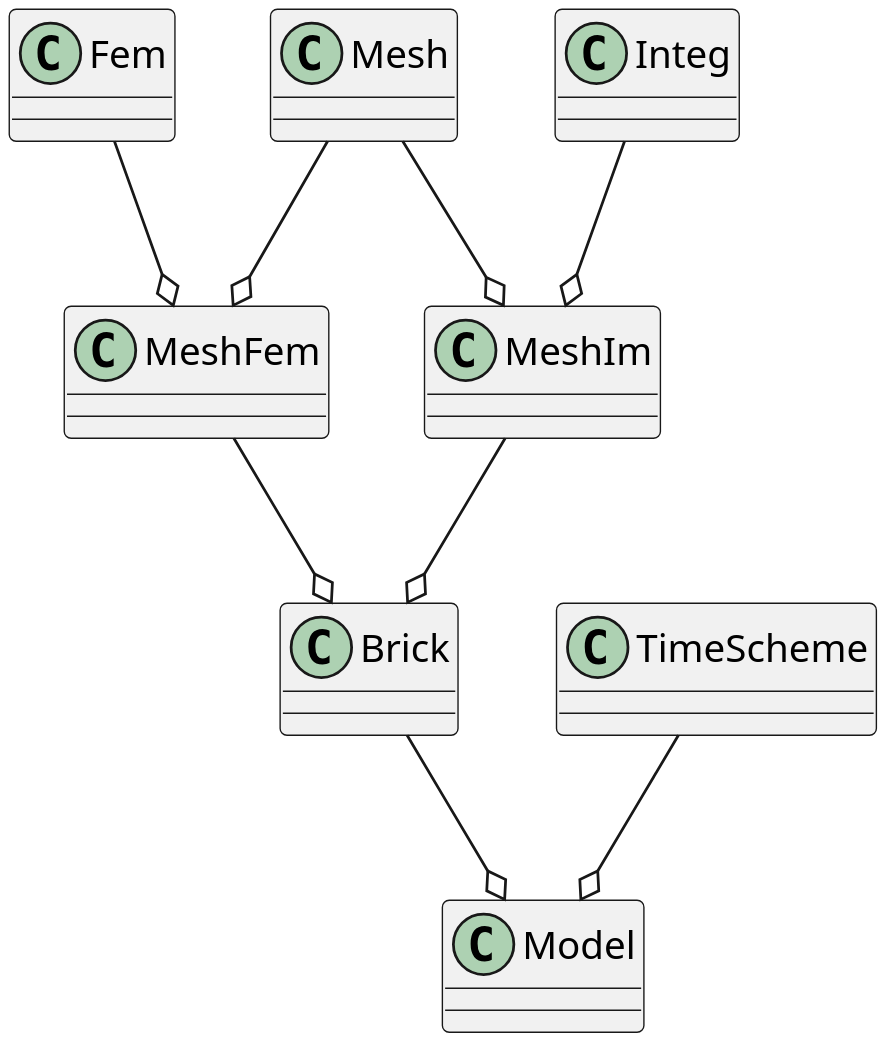
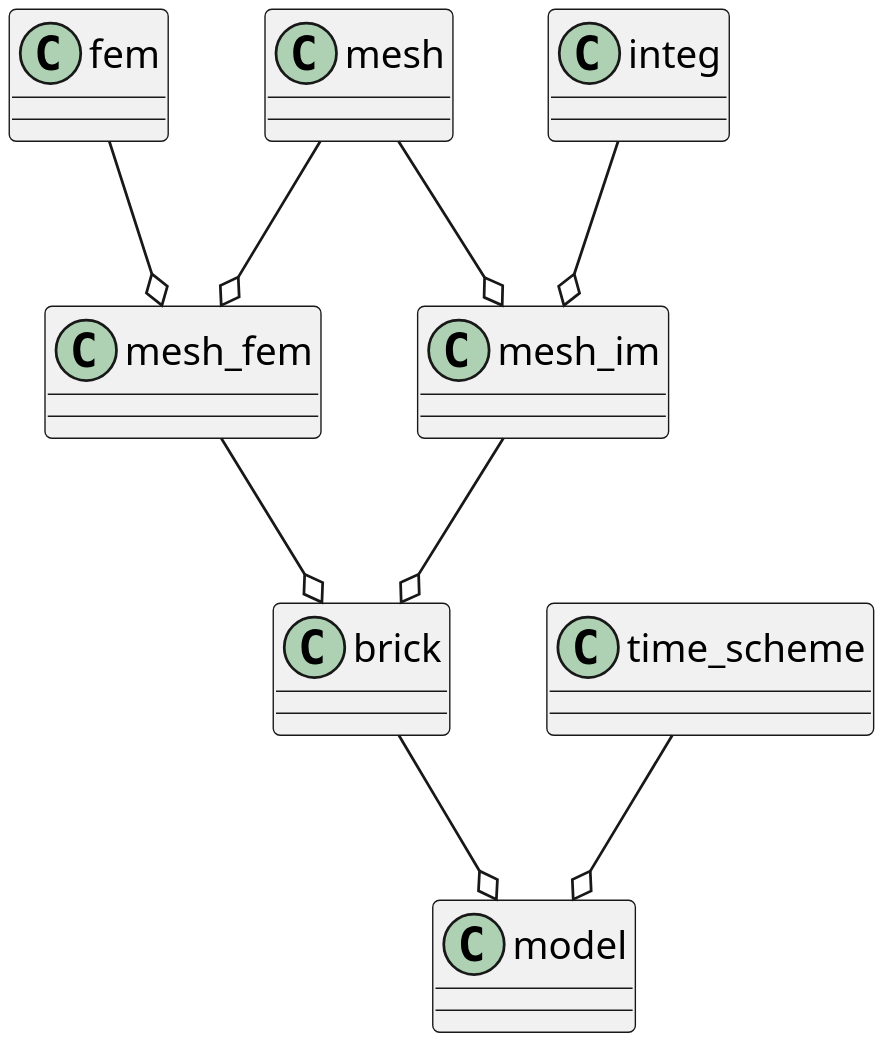
Before and after one commit to tkoyama010/OpenCAE-tkoyama010: the diagram in GetFEM.puml, drawn with PlantUML.

```diff
--- a/GetFEM.puml
+++ b/GetFEM.puml
@@ -1,11 +1,11 @@
 @startuml{GetFEM.png}
 skinparam dpi 300
-Mesh --o MeshFem
-Fem --o MeshFem
-Mesh --o MeshIm
-Integ --o MeshIm
-MeshFem --o Brick
-MeshIm --o Brick
-Brick --o Model
-TimeScheme --o Model
+mesh --o mesh_fem
+fem --o mesh_fem
+mesh --o mesh_im
+integ --o mesh_im
+mesh_fem --o brick
+mesh_im --o brick
+brick --o model
+time_scheme --o model
 @enduml
```
